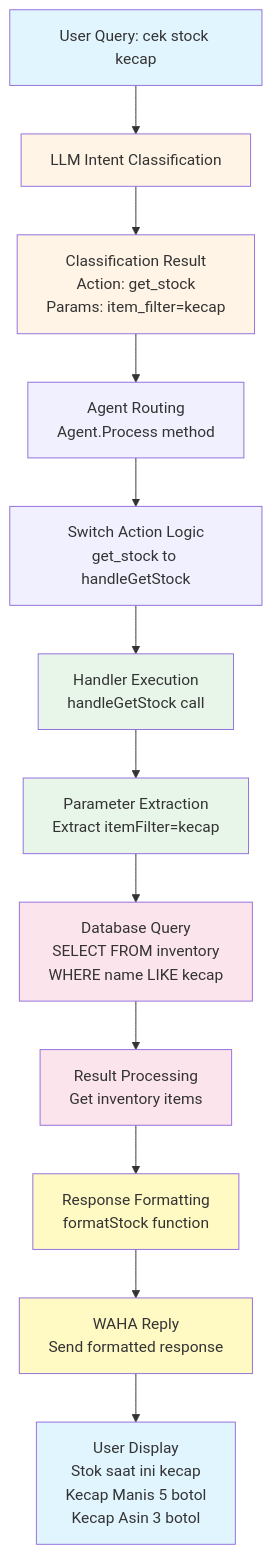
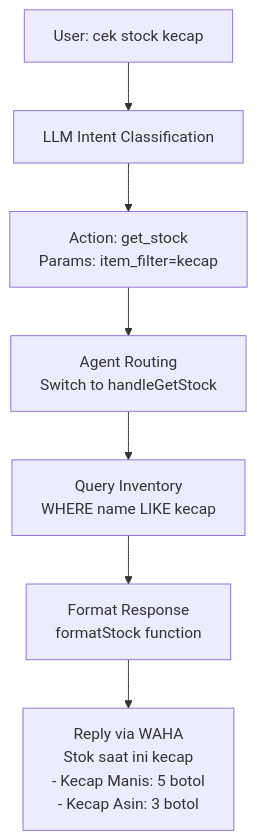
The third of 4 diagrams in README.md (skyapps-id/smart-ledger-agent), drawn with Mermaid before and after one commit. The commit also changed other lines of this file and 3 other files, not shown here.

````diff
--- a/README.md
+++ b/README.md
@@ -90,27 +86,9 @@
 ```mermaid
 flowchart TD
-    A[User Query: cek stock kecap] --> B[LLM Intent Classification]
-    B --> C[Classification Result<br/>Action: get_stock<br/>Params: item_filter=kecap]
-    C --> D[Agent Routing<br/>Agent.Process method]
-    D --> E[Switch Action Logic<br/>get_stock to handleGetStock]
-    E --> F[Handler Execution<br/>handleGetStock call]
-    F --> G[Parameter Extraction<br/>Extract itemFilter=kecap]
-    G --> H[Database Query<br/>SELECT FROM inventory<br/>WHERE name LIKE kecap]
-    H --> I[Result Processing<br/>Get inventory items]
-    I --> J[Response Formatting<br/>formatStock function]
-    J --> K[WAHA Reply<br/>Send formatted response]
-    K --> L[User Display<br/>Stok saat ini kecap<br/>Kecap Manis 5 botol<br/>Kecap Asin 3 botol]
-    
-    style A fill:#e1f5ff
-    style B fill:#fff4e6
-    style C fill:#fff4e6
-    style D fill:#f0f0ff
-    style E fill:#f0f0ff
-    style F fill:#e8f5e9
-    style G fill:#e8f5e9
-    style H fill:#fce4ec
-    style I fill:#fce4ec
-    style J fill:#fff9c4
-    style K fill:#fff9c4
-    style L fill:#e1f5ff
+    A[User: cek stock kecap] --> B[LLM Intent Classification]
+    B --> C[Action: get_stock<br/>Params: item_filter=kecap]
+    C --> D[Agent Routing<br/>Switch to handleGetStock]
+    D --> E[Query Inventory<br/>WHERE name LIKE kecap]
+    E --> F[Format Response<br/>formatStock function]
+    F --> G[Reply via WAHA<br/>Stok saat ini kecap<br/>- Kecap Manis: 5 botol<br/>- Kecap Asin: 3 botol]
 ```
````
